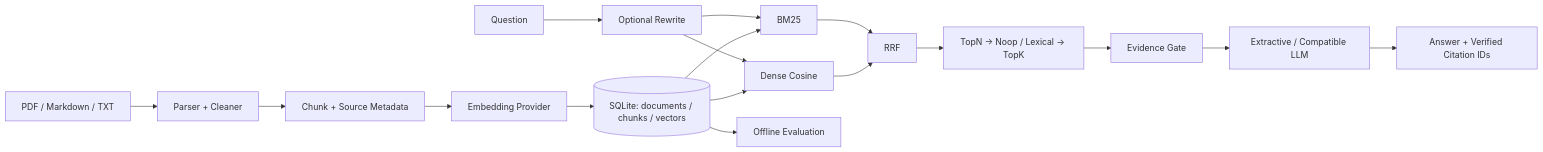
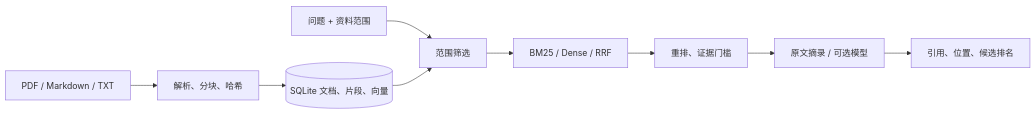
The diagram in README.md (FouHe0720/rag-knowledge-engine), drawn with Mermaid before and after one commit. The commit also changed other lines of this file and 33 other files, not shown here.

````diff
--- a/README.md
+++ b/README.md
@@ -21,19 +43,11 @@
 ```mermaid
 flowchart LR
-  F[PDF / Markdown / TXT] --> P[Parser + Cleaner]
-  P --> C[Chunk + Source Metadata]
-  C --> E[Embedding Provider]
-  E --> S[(SQLite: documents / chunks / vectors)]
-  Q[Question] --> W[Optional Rewrite]
-  W --> B[BM25]
-  W --> D[Dense Cosine]
+  F[PDF / Markdown / TXT] --> I[解析、分块、哈希]
+  I --> S[(SQLite 文档、片段、向量)]
+  Q[问题 + 资料范围] --> B[范围筛选]
   S --> B
-  S --> D
-  B --> R[RRF]
-  D --> R
-  R --> N[TopN → Noop / Lexical → TopK]
-  N --> G[Evidence Gate]
-  G --> A[Extractive / Compatible LLM]
-  A --> O[Answer + Verified Citation IDs]
-  S --> V[Offline Evaluation]
+  B --> R[BM25 / Dense / RRF]
+  R --> G[重排、证据门槛]
+  G --> A[原文摘录 / 可选模型]
+  A --> C[引用、位置、候选排名]
 ```
````
